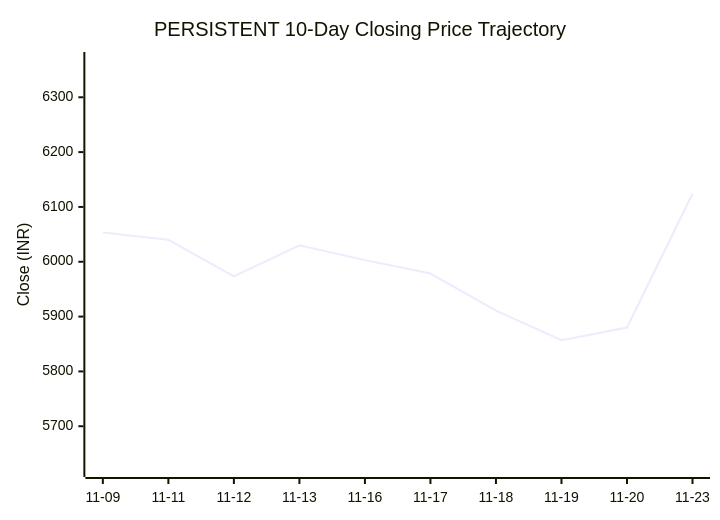
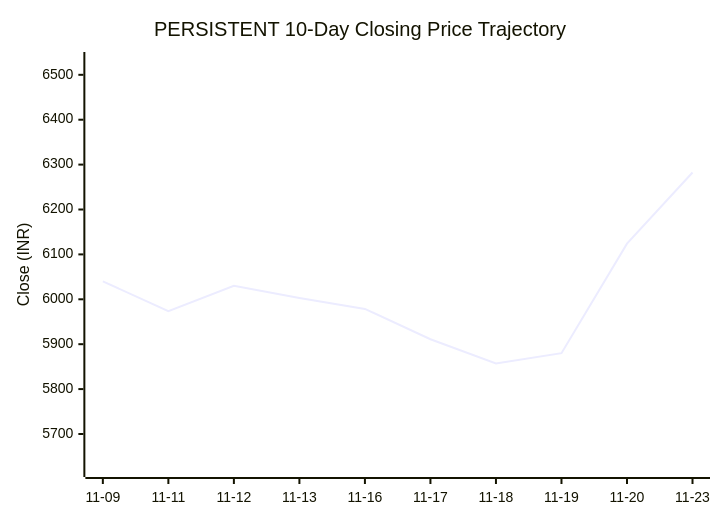
Before and after one commit to purnareddy9/dev: the second of 3 diagrams in market-intelligence/stocks/PERSISTENT/latest.md, drawn with Mermaid. The commit also changed other lines of this file and 3 other files, not shown here.

````diff
--- a/market-intelligence/stocks/PERSISTENT/latest.md
+++ b/market-intelligence/stocks/PERSISTENT/latest.md
@@ -95,7 +95,7 @@
 ```mermaid
 xychart-beta
     title "PERSISTENT 10-Day Closing Price Trajectory"
     x-axis ["11-09", "11-11", "11-12", "11-13", "11-16", "11-17", "11-18", "11-19", "11-20", "11-23"]
-    y-axis "Close (INR)" 5622 --> 6368
-    line [6053.5, 6040.0, 5973.5, 6030.0, 6003.0, 5978.5, 5911.0, 5857.0, 5880.0, 6124.0]
+    y-axis "Close (INR)" 5622 --> 6533
+    line [6040.0, 5973.5, 6030.0, 6003.0, 5978.5, 5911.0, 5857.0, 5880.0, 6124.0, 6282.5]
 ```
````
